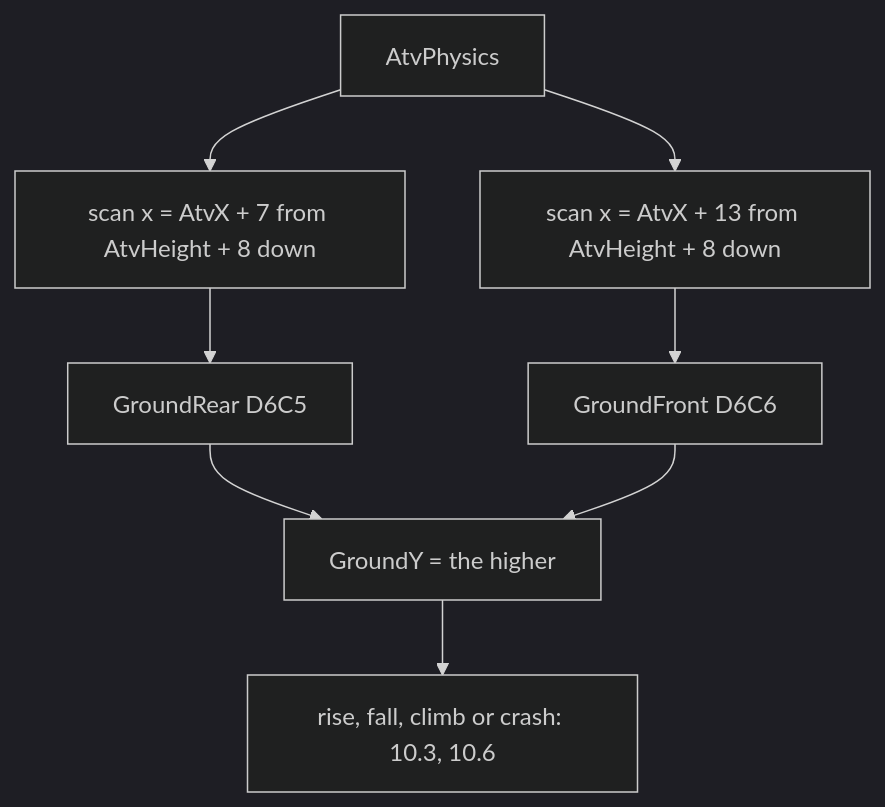
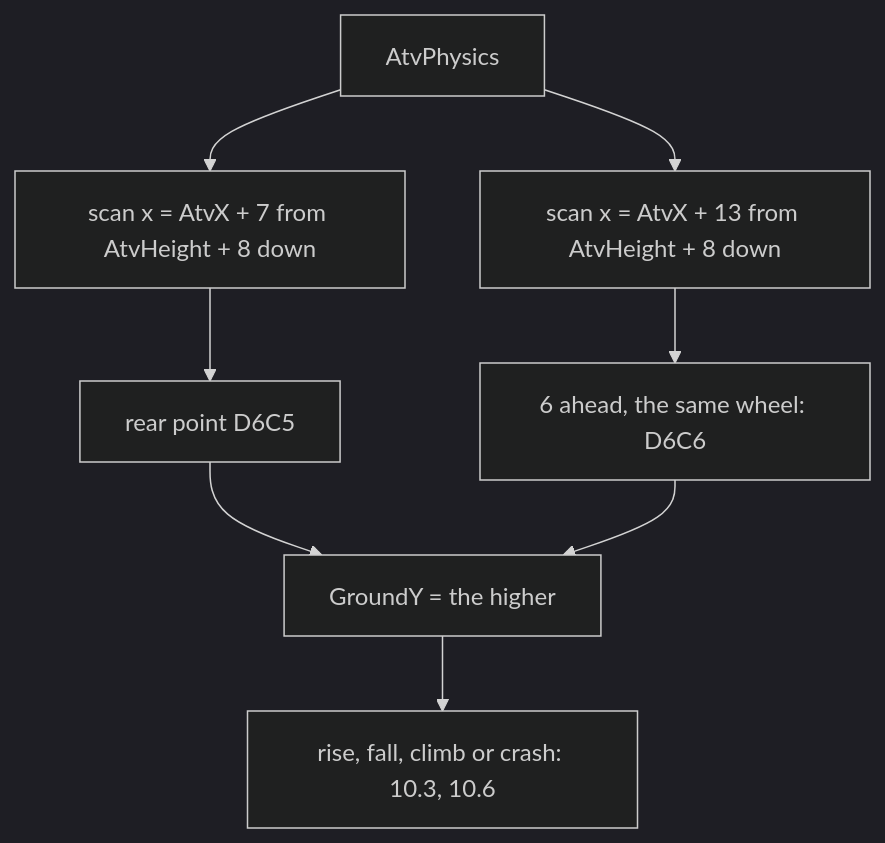
The third of 19 diagrams in games/atv-simulator/docs/10-gameplay-logic.md (alfishe/unrealng-reverse-cases), drawn with Mermaid (dark theme) before and after one commit. The commit also changed other lines of this file and 30 other files, not shown here.

````diff
--- a/games/atv-simulator/docs/10-gameplay-logic.md
+++ b/games/atv-simulator/docs/10-gameplay-logic.md
@@ -219,10 +220,10 @@
 ```mermaid
 flowchart TD
     A["AtvPhysics"] --> B["scan x = AtvX + 7 from AtvHeight + 8 down"]
     A --> C["scan x = AtvX + 13 from AtvHeight + 8 down"]
-    B --> D["GroundRear D6C5"]
-    C --> E["GroundFront D6C6"]
+    B --> D["rear point D6C5"]
+    C --> E["6 ahead, the same wheel: D6C6"]
     D --> F["GroundY = the higher"]
     E --> F
     F --> G["rise, fall, climb or crash: 10.3, 10.6"]
 ```
````
